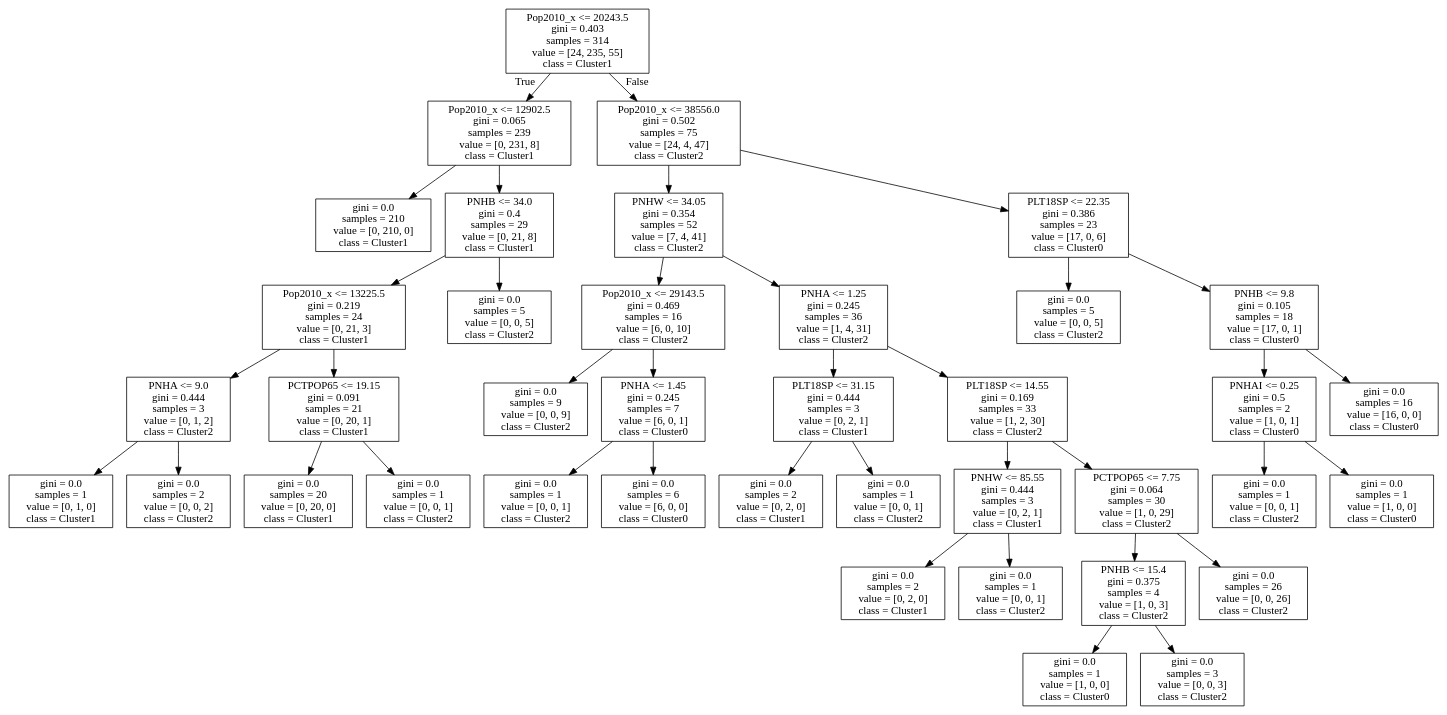
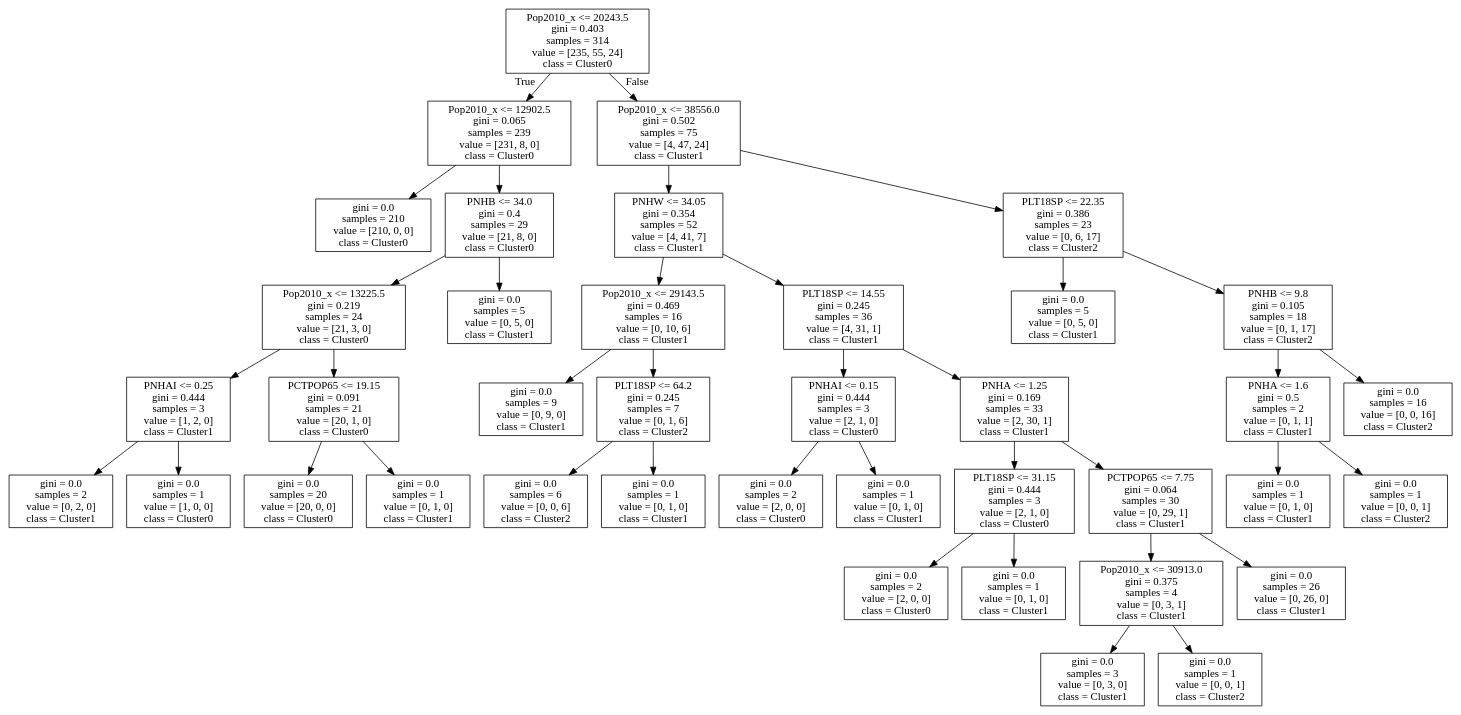
One commit to arunkulkarni95/COSC467_FinalProject changed the diagram in tree.dot. Above: the diagram before and after it, drawn with Graphviz. The commit also changed 2 other files, not shown here.

```diff
--- a/tree.dot
+++ b/tree.dot
@@ -1,80 +1,80 @@
 digraph Tree {
 node [shape=box] ;
-0 [label="Pop2010_x <= 20243.5\ngini = 0.403\nsamples = 314\nvalue = [24, 235, 55]\nclass = Cluster1"] ;
-1 [label="Pop2010_x <= 12902.5\ngini = 0.065\nsamples = 239\nvalue = [0, 231, 8]\nclass = Cluster1"] ;
+0 [label="Pop2010_x <= 20243.5\ngini = 0.403\nsamples = 314\nvalue = [235, 55, 24]\nclass = Cluster0"] ;
+1 [label="Pop2010_x <= 12902.5\ngini = 0.065\nsamples = 239\nvalue = [231, 8, 0]\nclass = Cluster0"] ;
 0 -> 1 [labeldistance=2.5, labelangle=45, headlabel="True"] ;
-2 [label="gini = 0.0\nsamples = 210\nvalue = [0, 210, 0]\nclass = Cluster1"] ;
+2 [label="gini = 0.0\nsamples = 210\nvalue = [210, 0, 0]\nclass = Cluster0"] ;
 1 -> 2 ;
-3 [label="PNHB <= 34.0\ngini = 0.4\nsamples = 29\nvalue = [0, 21, 8]\nclass = Cluster1"] ;
+3 [label="PNHB <= 34.0\ngini = 0.4\nsamples = 29\nvalue = [21, 8, 0]\nclass = Cluster0"] ;
 1 -> 3 ;
-4 [label="Pop2010_x <= 13225.5\ngini = 0.219\nsamples = 24\nvalue = [0, 21, 3]\nclass = Cluster1"] ;
+4 [label="Pop2010_x <= 13225.5\ngini = 0.219\nsamples = 24\nvalue = [21, 3, 0]\nclass = Cluster0"] ;
 3 -> 4 ;
-5 [label="PNHA <= 9.0\ngini = 0.444\nsamples = 3\nvalue = [0, 1, 2]\nclass = Cluster2"] ;
+5 [label="PNHAI <= 0.25\ngini = 0.444\nsamples = 3\nvalue = [1, 2, 0]\nclass = Cluster1"] ;
 4 -> 5 ;
-6 [label="gini = 0.0\nsamples = 1\nvalue = [0, 1, 0]\nclass = Cluster1"] ;
+6 [label="gini = 0.0\nsamples = 2\nvalue = [0, 2, 0]\nclass = Cluster1"] ;
 5 -> 6 ;
-7 [label="gini = 0.0\nsamples = 2\nvalue = [0, 0, 2]\nclass = Cluster2"] ;
+7 [label="gini = 0.0\nsamples = 1\nvalue = [1, 0, 0]\nclass = Cluster0"] ;
 5 -> 7 ;
-8 [label="PCTPOP65 <= 19.15\ngini = 0.091\nsamples = 21\nvalue = [0, 20, 1]\nclass = Cluster1"] ;
+8 [label="PCTPOP65 <= 19.15\ngini = 0.091\nsamples = 21\nvalue = [20, 1, 0]\nclass = Cluster0"] ;
 4 -> 8 ;
-9 [label="gini = 0.0\nsamples = 20\nvalue = [0, 20, 0]\nclass = Cluster1"] ;
+9 [label="gini = 0.0\nsamples = 20\nvalue = [20, 0, 0]\nclass = Cluster0"] ;
 8 -> 9 ;
-10 [label="gini = 0.0\nsamples = 1\nvalue = [0, 0, 1]\nclass = Cluster2"] ;
+10 [label="gini = 0.0\nsamples = 1\nvalue = [0, 1, 0]\nclass = Cluster1"] ;
 8 -> 10 ;
-11 [label="gini = 0.0\nsamples = 5\nvalue = [0, 0, 5]\nclass = Cluster2"] ;
+11 [label="gini = 0.0\nsamples = 5\nvalue = [0, 5, 0]\nclass = Cluster1"] ;
 3 -> 11 ;
-12 [label="Pop2010_x <= 38556.0\ngini = 0.502\nsamples = 75\nvalue = [24, 4, 47]\nclass = Cluster2"] ;
+12 [label="Pop2010_x <= 38556.0\ngini = 0.502\nsamples = 75\nvalue = [4, 47, 24]\nclass = Cluster1"] ;
 0 -> 12 [labeldistance=2.5, labelangle=-45, headlabel="False"] ;
-13 [label="PNHW <= 34.05\ngini = 0.354\nsamples = 52\nvalue = [7, 4, 41]\nclass = Cluster2"] ;
+13 [label="PNHW <= 34.05\ngini = 0.354\nsamples = 52\nvalue = [4, 41, 7]\nclass = Cluster1"] ;
 12 -> 13 ;
-14 [label="Pop2010_x <= 29143.5\ngini = 0.469\nsamples = 16\nvalue = [6, 0, 10]\nclass = Cluster2"] ;
+14 [label="Pop2010_x <= 29143.5\ngini = 0.469\nsamples = 16\nvalue = [0, 10, 6]\nclass = Cluster1"] ;
 13 -> 14 ;
-15 [label="gini = 0.0\nsamples = 9\nvalue = [0, 0, 9]\nclass = Cluster2"] ;
+15 [label="gini = 0.0\nsamples = 9\nvalue = [0, 9, 0]\nclass = Cluster1"] ;
 14 -> 15 ;
-16 [label="PNHA <= 1.45\ngini = 0.245\nsamples = 7\nvalue = [6, 0, 1]\nclass = Cluster0"] ;
+16 [label="PLT18SP <= 64.2\ngini = 0.245\nsamples = 7\nvalue = [0, 1, 6]\nclass = Cluster2"] ;
 14 -> 16 ;
-17 [label="gini = 0.0\nsamples = 1\nvalue = [0, 0, 1]\nclass = Cluster2"] ;
+17 [label="gini = 0.0\nsamples = 6\nvalue = [0, 0, 6]\nclass = Cluster2"] ;
 16 -> 17 ;
-18 [label="gini = 0.0\nsamples = 6\nvalue = [6, 0, 0]\nclass = Cluster0"] ;
+18 [label="gini = 0.0\nsamples = 1\nvalue = [0, 1, 0]\nclass = Cluster1"] ;
 16 -> 18 ;
-19 [label="PNHA <= 1.25\ngini = 0.245\nsamples = 36\nvalue = [1, 4, 31]\nclass = Cluster2"] ;
+19 [label="PLT18SP <= 14.55\ngini = 0.245\nsamples = 36\nvalue = [4, 31, 1]\nclass = Cluster1"] ;
 13 -> 19 ;
-20 [label="PLT18SP <= 31.15\ngini = 0.444\nsamples = 3\nvalue = [0, 2, 1]\nclass = Cluster1"] ;
+20 [label="PNHAI <= 0.15\ngini = 0.444\nsamples = 3\nvalue = [2, 1, 0]\nclass = Cluster0"] ;
 19 -> 20 ;
-21 [label="gini = 0.0\nsamples = 2\nvalue = [0, 2, 0]\nclass = Cluster1"] ;
+21 [label="gini = 0.0\nsamples = 2\nvalue = [2, 0, 0]\nclass = Cluster0"] ;
 20 -> 21 ;
-22 [label="gini = 0.0\nsamples = 1\nvalue = [0, 0, 1]\nclass = Cluster2"] ;
+22 [label="gini = 0.0\nsamples = 1\nvalue = [0, 1, 0]\nclass = Cluster1"] ;
 20 -> 22 ;
-23 [label="PLT18SP <= 14.55\ngini = 0.169\nsamples = 33\nvalue = [1, 2, 30]\nclass = Cluster2"] ;
+23 [label="PNHA <= 1.25\ngini = 0.169\nsamples = 33\nvalue = [2, 30, 1]\nclass = Cluster1"] ;
 19 -> 23 ;
-24 [label="PNHW <= 85.55\ngini = 0.444\nsamples = 3\nvalue = [0, 2, 1]\nclass = Cluster1"] ;
+24 [label="PLT18SP <= 31.15\ngini = 0.444\nsamples = 3\nvalue = [2, 1, 0]\nclass = Cluster0"] ;
 23 -> 24 ;
-25 [label="gini = 0.0\nsamples = 2\nvalue = [0, 2, 0]\nclass = Cluster1"] ;
+25 [label="gini = 0.0\nsamples = 2\nvalue = [2, 0, 0]\nclass = Cluster0"] ;
 24 -> 25 ;
-26 [label="gini = 0.0\nsamples = 1\nvalue = [0, 0, 1]\nclass = Cluster2"] ;
+26 [label="gini = 0.0\nsamples = 1\nvalue = [0, 1, 0]\nclass = Cluster1"] ;
 24 -> 26 ;
-27 [label="PCTPOP65 <= 7.75\ngini = 0.064\nsamples = 30\nvalue = [1, 0, 29]\nclass = Cluster2"] ;
+27 [label="PCTPOP65 <= 7.75\ngini = 0.064\nsamples = 30\nvalue = [0, 29, 1]\nclass = Cluster1"] ;
 23 -> 27 ;
-28 [label="PNHB <= 15.4\ngini = 0.375\nsamples = 4\nvalue = [1, 0, 3]\nclass = Cluster2"] ;
+28 [label="Pop2010_x <= 30913.0\ngini = 0.375\nsamples = 4\nvalue = [0, 3, 1]\nclass = Cluster1"] ;
 27 -> 28 ;
-29 [label="gini = 0.0\nsamples = 1\nvalue = [1, 0, 0]\nclass = Cluster0"] ;
+29 [label="gini = 0.0\nsamples = 3\nvalue = [0, 3, 0]\nclass = Cluster1"] ;
 28 -> 29 ;
-30 [label="gini = 0.0\nsamples = 3\nvalue = [0, 0, 3]\nclass = Cluster2"] ;
+30 [label="gini = 0.0\nsamples = 1\nvalue = [0, 0, 1]\nclass = Cluster2"] ;
 28 -> 30 ;
-31 [label="gini = 0.0\nsamples = 26\nvalue = [0, 0, 26]\nclass = Cluster2"] ;
+31 [label="gini = 0.0\nsamples = 26\nvalue = [0, 26, 0]\nclass = Cluster1"] ;
 27 -> 31 ;
-32 [label="PLT18SP <= 22.35\ngini = 0.386\nsamples = 23\nvalue = [17, 0, 6]\nclass = Cluster0"] ;
+32 [label="PLT18SP <= 22.35\ngini = 0.386\nsamples = 23\nvalue = [0, 6, 17]\nclass = Cluster2"] ;
 12 -> 32 ;
-33 [label="gini = 0.0\nsamples = 5\nvalue = [0, 0, 5]\nclass = Cluster2"] ;
+33 [label="gini = 0.0\nsamples = 5\nvalue = [0, 5, 0]\nclass = Cluster1"] ;
 32 -> 33 ;
-34 [label="PNHB <= 9.8\ngini = 0.105\nsamples = 18\nvalue = [17, 0, 1]\nclass = Cluster0"] ;
+34 [label="PNHB <= 9.8\ngini = 0.105\nsamples = 18\nvalue = [0, 1, 17]\nclass = Cluster2"] ;
 32 -> 34 ;
-35 [label="PNHAI <= 0.25\ngini = 0.5\nsamples = 2\nvalue = [1, 0, 1]\nclass = Cluster0"] ;
+35 [label="PNHA <= 1.6\ngini = 0.5\nsamples = 2\nvalue = [0, 1, 1]\nclass = Cluster1"] ;
 34 -> 35 ;
-36 [label="gini = 0.0\nsamples = 1\nvalue = [0, 0, 1]\nclass = Cluster2"] ;
+36 [label="gini = 0.0\nsamples = 1\nvalue = [0, 1, 0]\nclass = Cluster1"] ;
 35 -> 36 ;
-37 [label="gini = 0.0\nsamples = 1\nvalue = [1, 0, 0]\nclass = Cluster0"] ;
+37 [label="gini = 0.0\nsamples = 1\nvalue = [0, 0, 1]\nclass = Cluster2"] ;
 35 -> 37 ;
-38 [label="gini = 0.0\nsamples = 16\nvalue = [16, 0, 0]\nclass = Cluster0"] ;
+38 [label="gini = 0.0\nsamples = 16\nvalue = [0, 0, 16]\nclass = Cluster2"] ;
 34 -> 38 ;
 }
```
